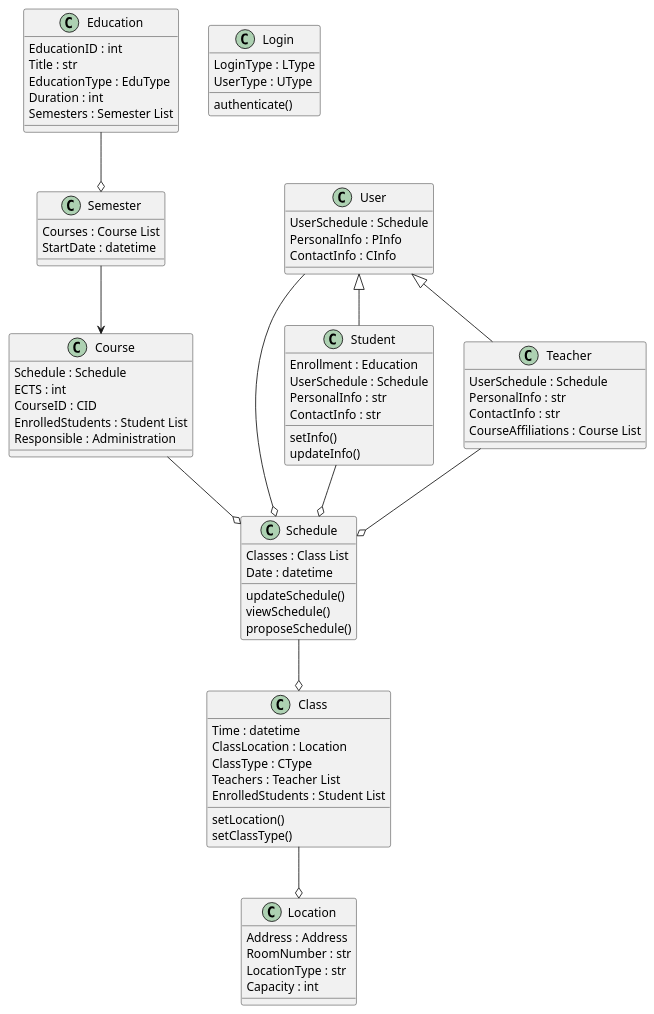
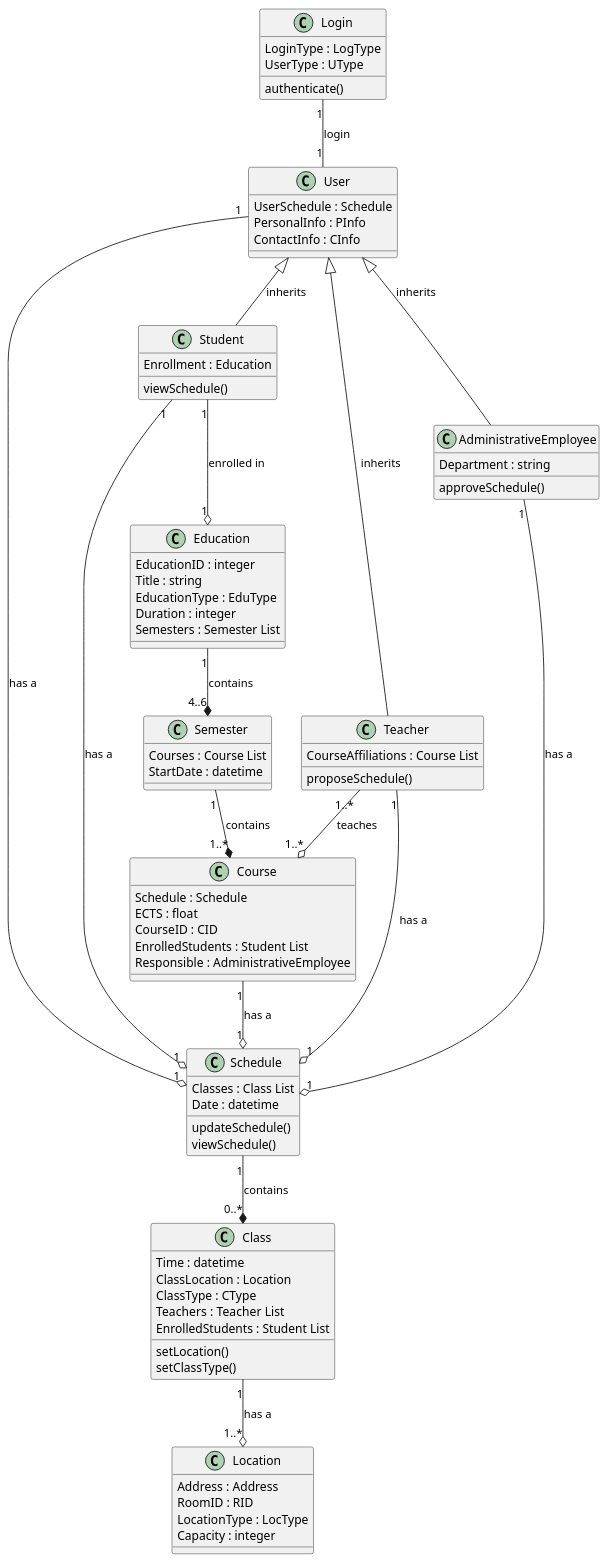
One commit to frejabauch/Systemudvikling_FSIS changed the diagram in ClassDiagram.puml. Above: the diagram before and after it, drawn with PlantUML.

Commit message:
Iteration 1 done

```diff
--- a/ClassDiagram.puml
+++ b/ClassDiagram.puml
@@ -1,92 +1,98 @@
 @startuml
 
 class Education {
-    EducationID : int
-    Title : str
+    EducationID : integer
+    Title : string
     EducationType : EduType
-    Duration : int
+    Duration : integer
     Semesters : Semester List
 }
 
 class Schedule{
     Classes : Class List
     Date : datetime
     updateSchedule()
     viewSchedule()
-    proposeSchedule()
 }
 
 class Location{
     Address : Address
-    RoomNumber : str
-    LocationType : str
-    Capacity : int
+    RoomID : RID
+    LocationType : LocType
+    Capacity : integer
 }
 
 class Course{
     Schedule : Schedule
-    ECTS : int
+    ECTS : float
     CourseID : CID
     EnrolledStudents : Student List
-    Responsible : Administration
+    Responsible : AdministrativeEmployee
 }
 
 class Class{
     Time : datetime
     ClassLocation : Location
     ClassType : CType
     Teachers : Teacher List
     EnrolledStudents : Student List
     setLocation()
     setClassType()
 }
 
 class Login{
-    LoginType : LType
+    LoginType : LogType
     UserType : UType
     authenticate()
 }
 
 class User{
     UserSchedule : Schedule
     PersonalInfo : PInfo
     ContactInfo : CInfo
 }
 
 class Semester{
     Courses : Course List
     StartDate : datetime
 }
 
 class Student{
     Enrollment : Education
-    UserSchedule : Schedule
-    PersonalInfo : str
-    ContactInfo : str
-    setInfo()
-    updateInfo()
+    viewSchedule()
+
 }
 
 class Teacher{
-    UserSchedule : Schedule
-    PersonalInfo : str
-    ContactInfo : str
     CourseAffiliations : Course List
+    proposeSchedule()
 }
 
-User --o Schedule
-Course --o Schedule
-Student --o Schedule
-Teacher --o Schedule
+class AdministrativeEmployee{
+    Department : string
+    approveSchedule()
+}
 
-Education --o Semester
 
-Class --o Location
+User"1" --o "1" Schedule : has a
+Course"1" --o "1" Schedule : has a
+Student"1" --o "1" Schedule : has a
+Teacher"1" --o "1" Schedule : has a
+AdministrativeEmployee"1" --o "1" Schedule : has a
 
-User <|-- Student
-User <|-- Teacher
+Education"1" --* "4..6" Semester : contains
 
-Semester --> Course
-Schedule --o Class
+Class "1" --o "1..*"Location : has a
+
+User <|-- Student : inherits
+User <|-- Teacher : inherits
+User <|-- AdministrativeEmployee : inherits
+
+Semester"1" --* "1..*" Course : contains
+Schedule"1" --* "0..*" Class : contains
+Teacher"1..*" --o "1..*" Course : teaches
+Student"1" --o "1" Education : enrolled in
+
+Login "1" -- "1" User : login
 
 @enduml
```
